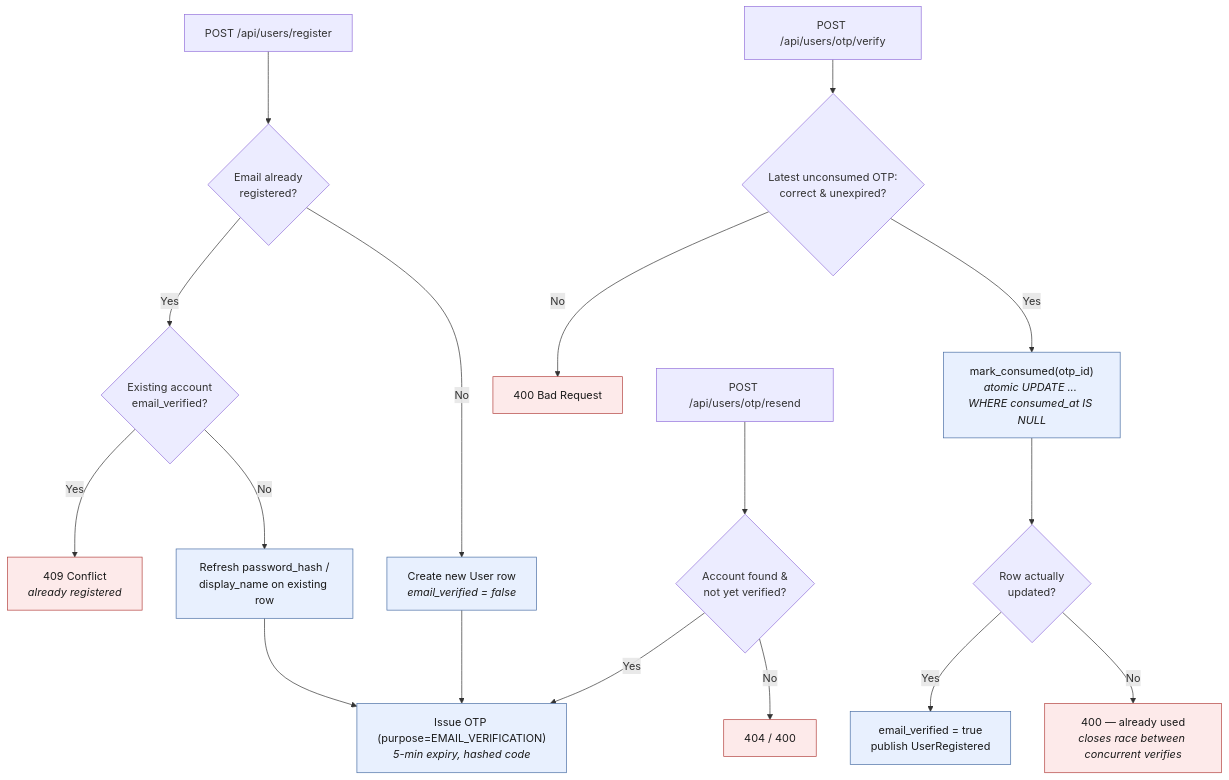
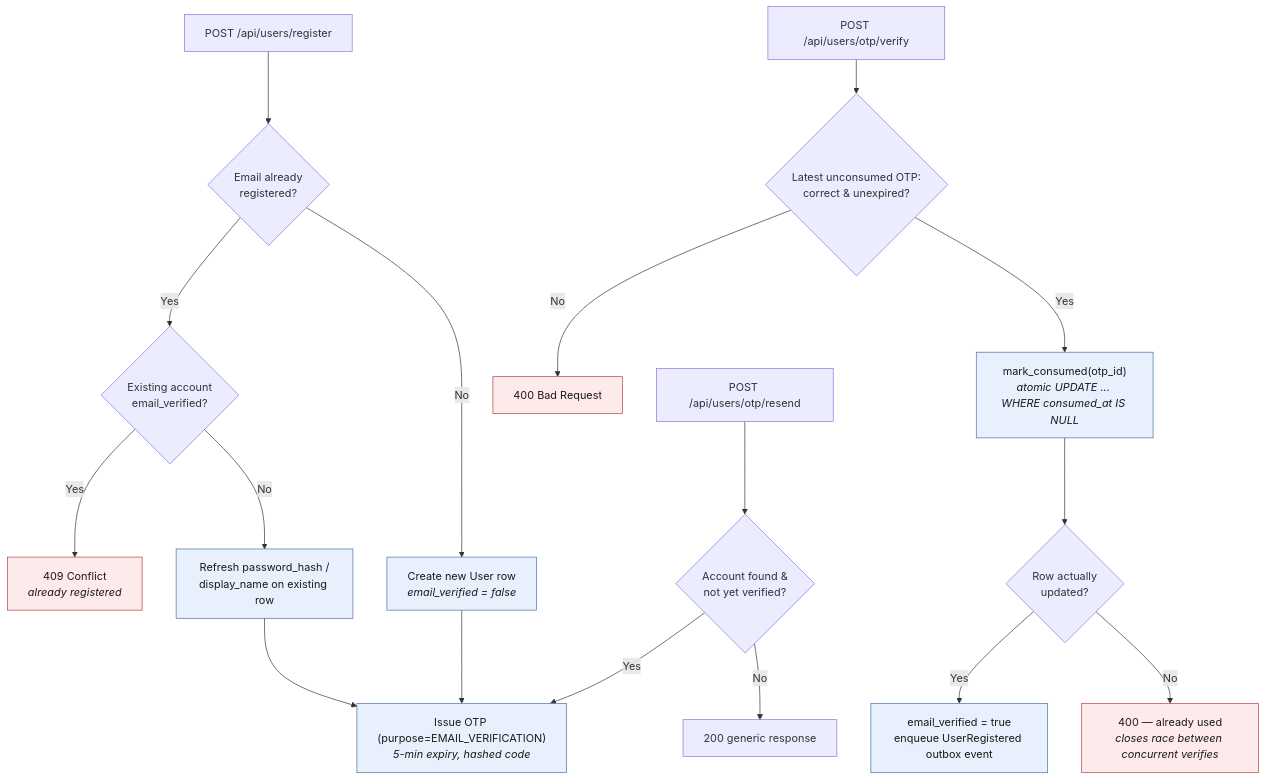
The third of 3 diagrams in user-service/docs/flowchart.md (Y2627S1-CS3219-P31/FoC-31), drawn with Mermaid before and after one commit. The commit also changed other lines of this file and 27 other files, not shown here.

````diff
--- a/user-service/docs/flowchart.md
+++ b/user-service/docs/flowchart.md
@@ -107,42 +107,42 @@
 ```mermaid
 flowchart TD
     A["POST /api/users/register"]
     B{"Email already<br/>registered?"}
     C{"Existing account<br/>email_verified?"}
     D["409 Conflict<br/><i>already registered</i>"]
     E["Refresh password_hash /<br/>display_name on existing row"]
     F["Create new User row<br/><i>email_verified = false</i>"]
     G["Issue OTP (purpose=EMAIL_VERIFICATION)<br/><i>5-min expiry, hashed code</i>"]
     H["POST /api/users/otp/resend"]
     I{"Account found &amp;<br/>not yet verified?"}
-    J["404 / 400"]
+    J["200 generic response"]
     K["POST /api/users/otp/verify"]
     L{"Latest unconsumed OTP:<br/>correct &amp; unexpired?"}
     M["400 Bad Request"]
     N["mark_consumed(otp_id)<br/><i>atomic UPDATE ... WHERE consumed_at IS NULL</i>"]
     O{"Row actually<br/>updated?"}
     P["400 — already used<br/><i>closes race between concurrent verifies</i>"]
-    Q["email_verified = true<br/>publish UserRegistered"]
+    Q["email_verified = true<br/>enqueue UserRegistered outbox event"]
 
     A --> B
     B -- Yes --> C
     B -- No --> F
     C -- Yes --> D
     C -- No --> E --> G
     F --> G
 
     H --> I
     I -- No --> J
     I -- Yes --> G
 
     K --> L
     L -- No --> M
     L -- Yes --> N --> O
     O -- No --> P
     O -- Yes --> Q
 
     classDef ok fill:#e8f0fe,stroke:#4a6fa5,color:#1a1a1a;
     classDef err fill:#fdeaea,stroke:#b3413e,color:#1a1a1a;
     class E,F,G,N,Q ok;
-    class D,J,M,P err;
+    class D,M,P err;
 ```
````
